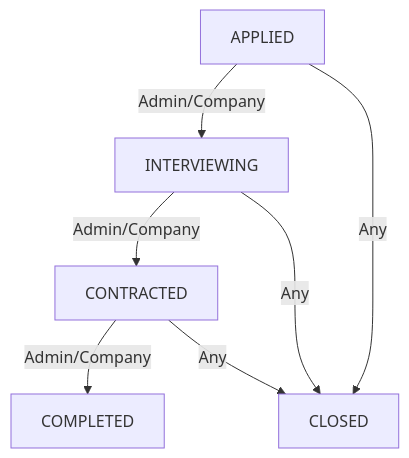
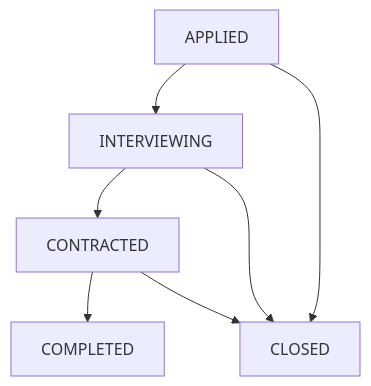
One commit to clementomolayo01/job-application-state-machine changed the diagram in README.md. Above: the diagram before and after it, drawn with Mermaid. The commit also changed other lines of this file and 3 other files, not shown here.

````diff
--- a/README.md
+++ b/README.md
@@ -35,9 +24,9 @@
 ```mermaid
 graph TD
-    APPLIED -->|Admin/Company| INTERVIEWING
-    INTERVIEWING -->|Admin/Company| CONTRACTED
-    CONTRACTED -->|Admin/Company| COMPLETED
-    APPLIED -->|Any| CLOSED
-    INTERVIEWING -->|Any| CLOSED
-    CONTRACTED -->|Any| CLOSED
+    APPLIED --> INTERVIEWING
+    INTERVIEWING --> CONTRACTED
+    CONTRACTED --> COMPLETED
+    APPLIED --> CLOSED
+    INTERVIEWING --> CLOSED
+    CONTRACTED --> CLOSED
 ```
````
